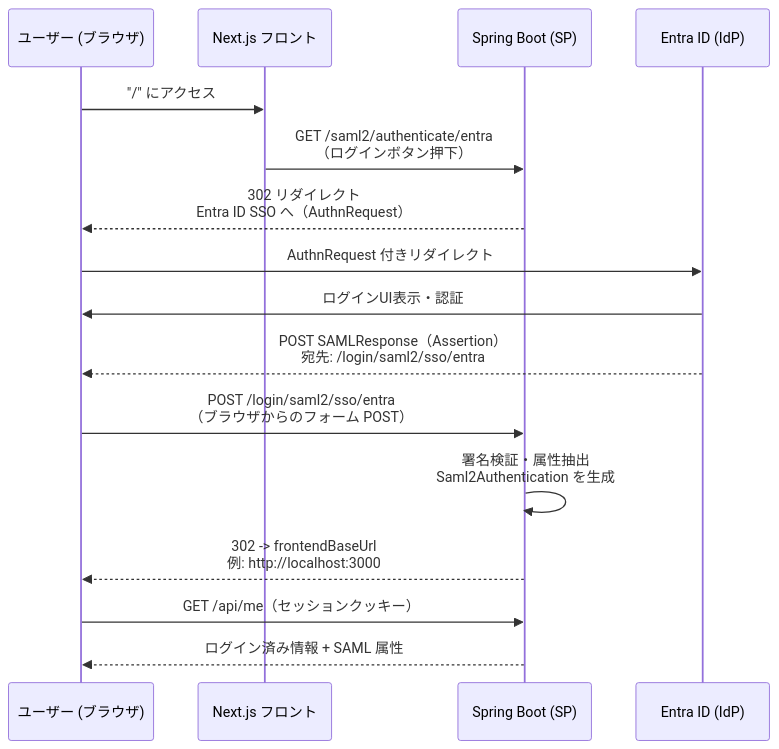
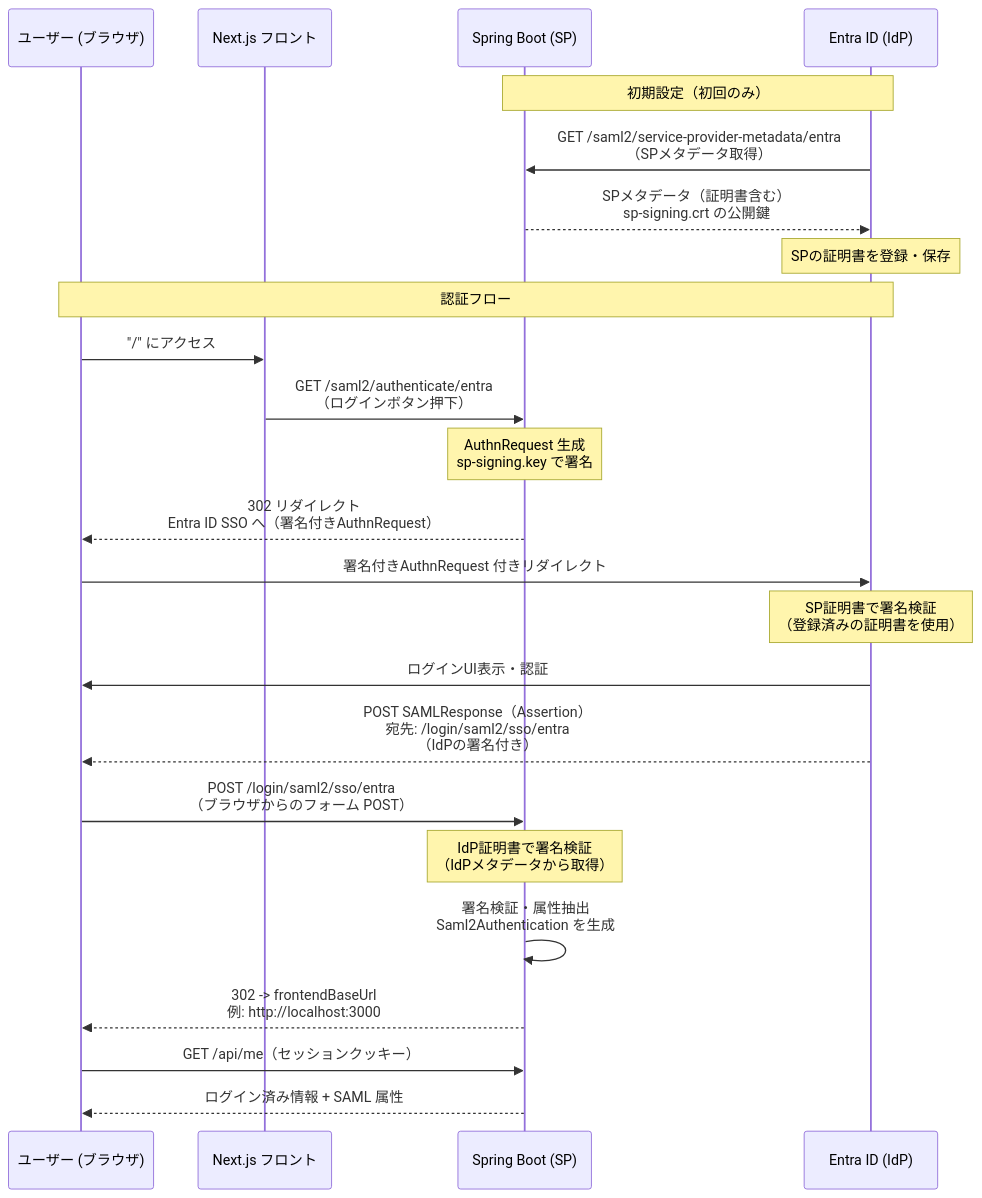
Before and after one commit to kikudai/sandbox-saml-nextjs-springboot: the diagram in docs/saml-sequence.md, drawn with Mermaid. The commit also changed other lines of this file and 1 other file, not shown here.

First line of the commit message:
Enhance SAML authentication by adding explicit signing credential loading in SecurityConfig

````diff
--- a/docs/saml-sequence.md
+++ b/docs/saml-sequence.md
@@ -5,19 +5,28 @@
 ```mermaid
 sequenceDiagram
     participant U as ユーザー (ブラウザ)
     participant FE as Next.js フロント
     participant BE as Spring Boot (SP)
     participant IDP as Entra ID (IdP)
 
+    Note over BE,IDP: 初期設定（初回のみ）
+    IDP->>BE: GET /saml2/service-provider-metadata/entra<br/>（SPメタデータ取得）
+    BE-->>IDP: SPメタデータ（証明書含む）<br/>sp-signing.crt の公開鍵
+    Note over IDP: SPの証明書を登録・保存
+
+    Note over U,IDP: 認証フロー
     U->>FE: "/" にアクセス
     FE->>BE: GET /saml2/authenticate/entra<br/>（ログインボタン押下）
-    BE-->>U: 302 リダイレクト<br/>Entra ID SSO へ（AuthnRequest）
-    U->>IDP: AuthnRequest 付きリダイレクト
+    Note over BE: AuthnRequest 生成<br/>sp-signing.key で署名
+    BE-->>U: 302 リダイレクト<br/>Entra ID SSO へ（署名付きAuthnRequest）
+    U->>IDP: 署名付きAuthnRequest 付きリダイレクト
+    Note over IDP: SP証明書で署名検証<br/>（登録済みの証明書を使用）
     IDP->>U: ログインUI表示・認証
-    IDP-->>U: POST SAMLResponse（Assertion）<br/>宛先: /login/saml2/sso/entra
+    IDP-->>U: POST SAMLResponse（Assertion）<br/>宛先: /login/saml2/sso/entra<br/>（IdPの署名付き）
     U->>BE: POST /login/saml2/sso/entra<br/>（ブラウザからのフォーム POST）
+    Note over BE: IdP証明書で署名検証<br/>（IdPメタデータから取得）
     BE->>BE: 署名検証・属性抽出<br/>Saml2Authentication を生成
     BE-->>U: 302 -> frontendBaseUrl<br/>例: http://localhost:3000
     U->>BE: GET /api/me（セッションクッキー）
     BE-->>U: ログイン済み情報 + SAML 属性
 ```
````
